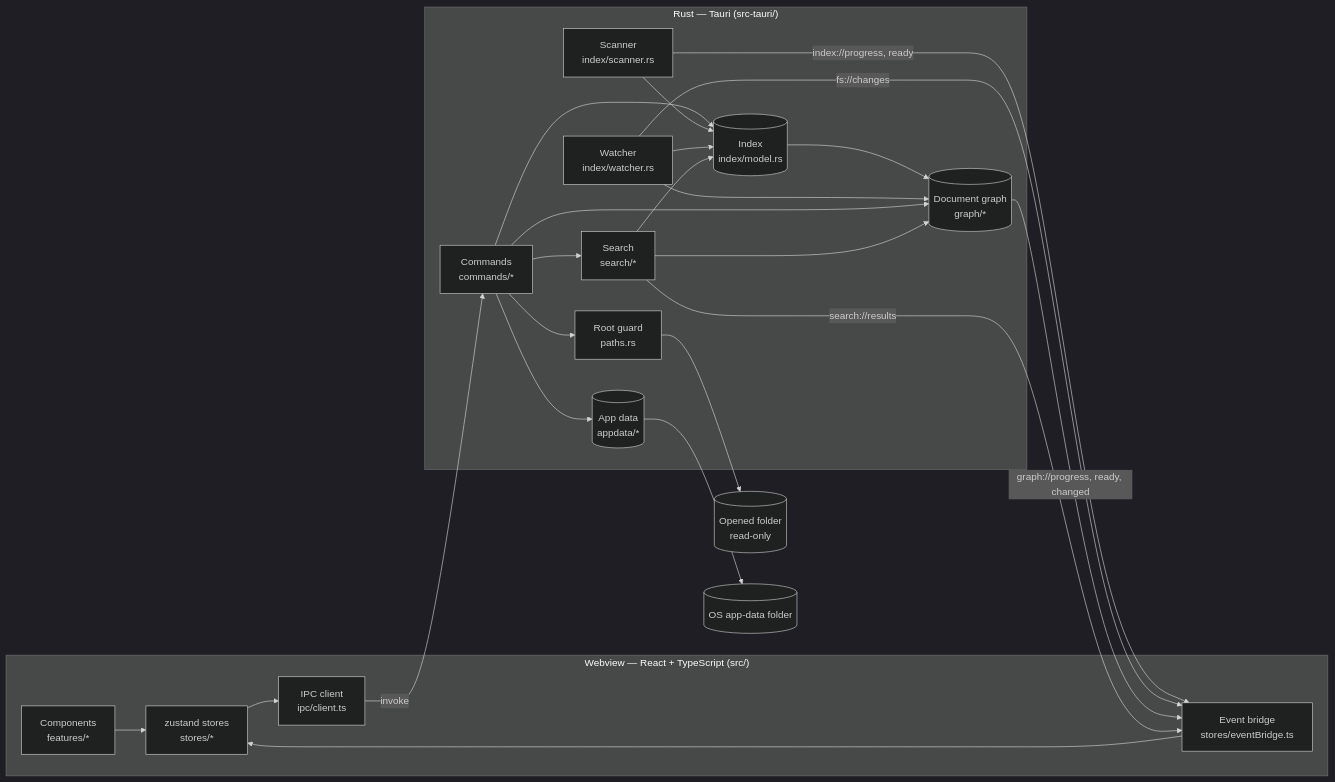
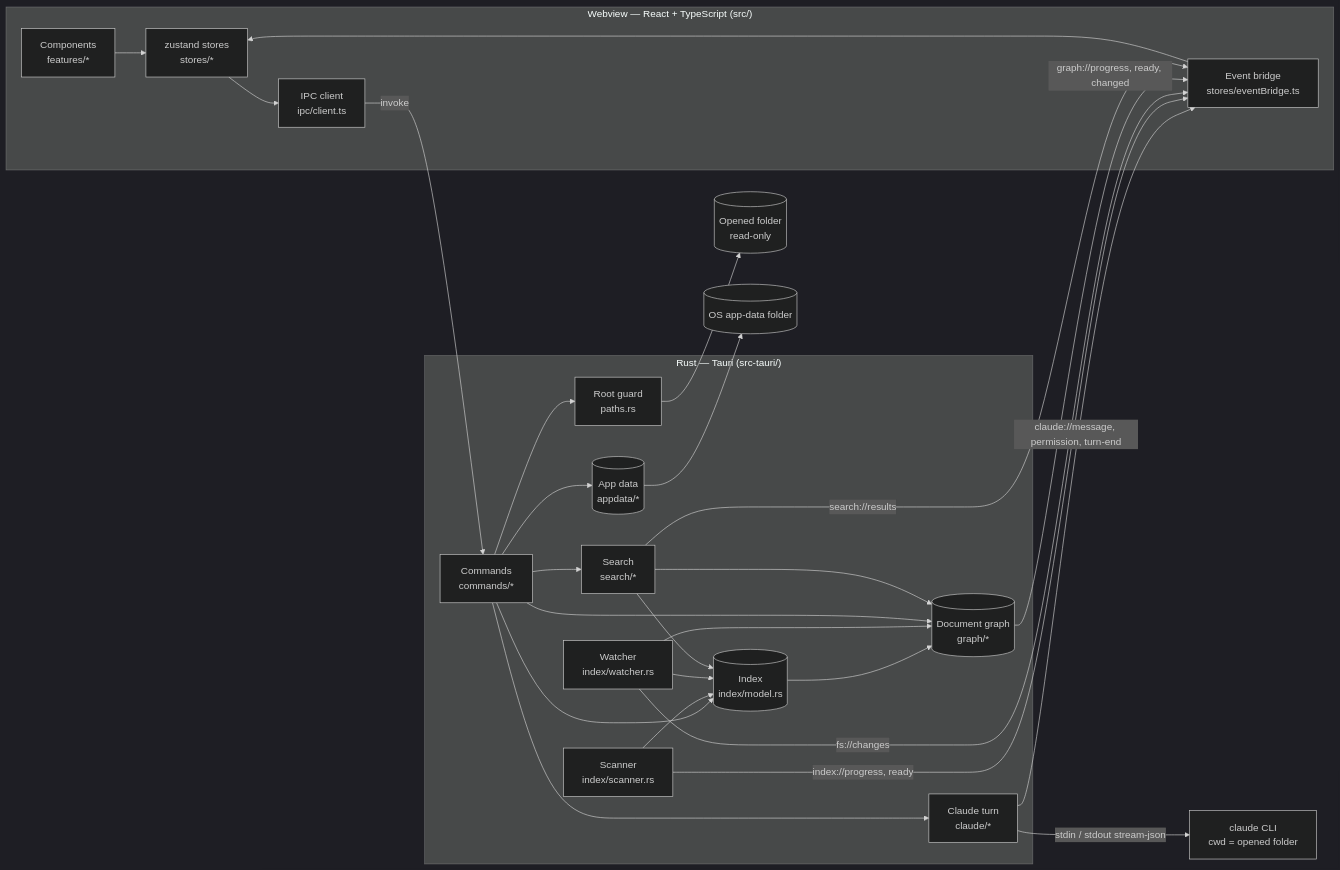
One commit to jean3978/IGrasp changed the first of 6 diagrams in docs/architecture.md. Above: the diagram before and after it, drawn with Mermaid (dark theme). The commit also changed other lines of this file and 7 other files, not shown here.

First line of the commit message:
docs: record the Claude CLI proof of concept (ADR 0014)

````diff
--- a/docs/architecture.md
+++ b/docs/architecture.md
@@ -8,28 +8,31 @@
 ```mermaid
 flowchart LR
   subgraph Webview["Webview — React + TypeScript (src/)"]
     UI[Components<br/>features/*] --> Stores[zustand stores<br/>stores/*]
     Stores --> Client[IPC client<br/>ipc/client.ts]
     Bridge[Event bridge<br/>stores/eventBridge.ts] --> Stores
   end
   subgraph Rust["Rust — Tauri (src-tauri/)"]
     Commands[Commands<br/>commands/*] --> Guard[Root guard<br/>paths.rs]
     Commands --> Index[(Index<br/>index/model.rs)]
     Scanner[Scanner<br/>index/scanner.rs] --> Index
     Watcher[Watcher<br/>index/watcher.rs] --> Index
     Index --> Graph[(Document graph<br/>graph/*)]
     Watcher --> Graph
     Commands --> Graph
     Commands --> Search[Search<br/>search/*]
     Search --> Index
     Search --> Graph
     Commands --> AppData[(App data<br/>appdata/*)]
+    Commands --> Claude[Claude turn<br/>claude/*]
   end
+  Claude -- "stdin / stdout stream-json" --> CLI[claude CLI<br/>cwd = opened folder]
+  Claude -- "claude://message, permission, turn-end" --> Bridge
   Client -- invoke --> Commands
   Scanner -- "index://progress, ready" --> Bridge
   Watcher -- "fs://changes" --> Bridge
   Graph -- "graph://progress, ready, changed" --> Bridge
   Search -- "search://results" --> Bridge
   Guard --> Folder[(Opened folder<br/>read-only)]
   AppData --> Disk[(OS app-data folder)]
 ```
````
